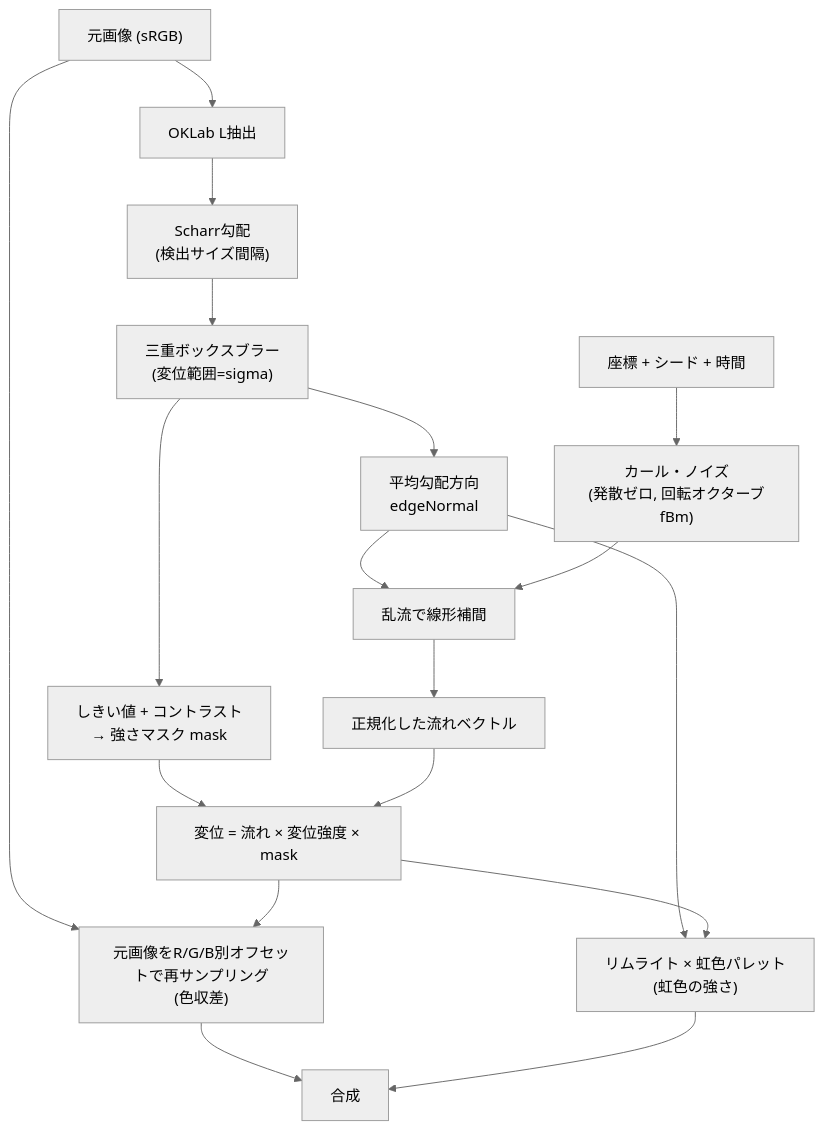
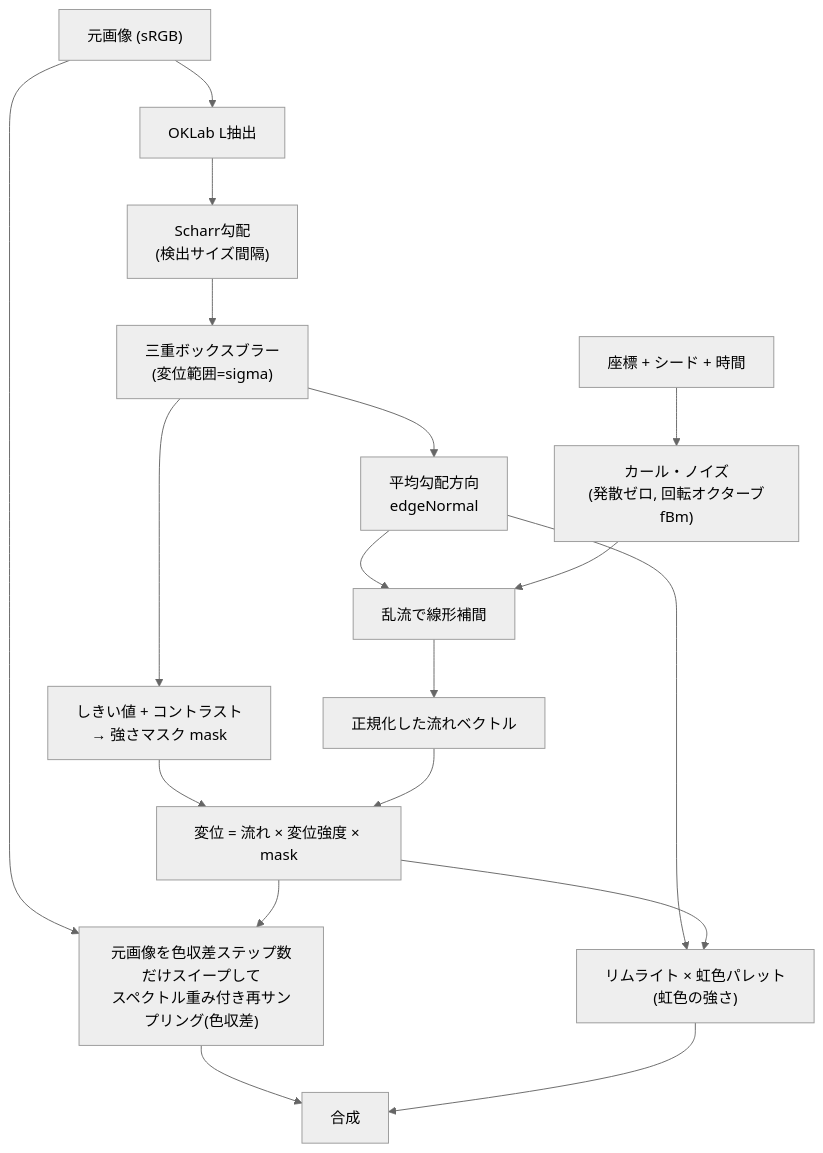
Before and after one commit to sabiasagimp4-ai/Sa_displacedge: the diagram in docs/PIPELINE.md, drawn with Mermaid (neutral theme). The commit also changed other lines of this file and 11 other files, not shown here.

````diff
--- a/docs/PIPELINE.md
+++ b/docs/PIPELINE.md
@@ -7,23 +7,23 @@
 ```mermaid
 flowchart TD
     SRC["元画像 (sRGB)"] --> LUMA["OKLab L抽出"]
     LUMA --> GRAD["Scharr勾配<br/>(検出サイズ間隔)"]
     GRAD --> BLUR["三重ボックスブラー<br/>(変位範囲=sigma)"]
     BLUR --> MASK["しきい値 + コントラスト<br/>→ 強さマスク mask"]
     BLUR --> NORMAL["平均勾配方向<br/>edgeNormal"]
 
     SEED["座標 + シード + 時間"] --> CURL["カール・ノイズ<br/>(発散ゼロ, 回転オクターブfBm)"]
 
     NORMAL --> FLOWMIX["乱流で線形補間"]
     CURL --> FLOWMIX
     FLOWMIX --> FLOW["正規化した流れベクトル"]
     MASK --> DISP["変位 = 流れ × 変位強度 × mask"]
     FLOW --> DISP
 
-    SRC --> SAMPLE["元画像をR/G/B別オフセットで再サンプリング<br/>(色収差)"]
+    SRC --> SAMPLE["元画像を色収差ステップ数だけスイープして<br/>スペクトル重み付き再サンプリング(色収差)"]
     DISP --> SAMPLE
     NORMAL --> GLINT["リムライト × 虹色パレット<br/>(虹色の強さ)"]
     DISP --> GLINT
     SAMPLE --> OUT["合成"]
     GLINT --> OUT
 ```
````
